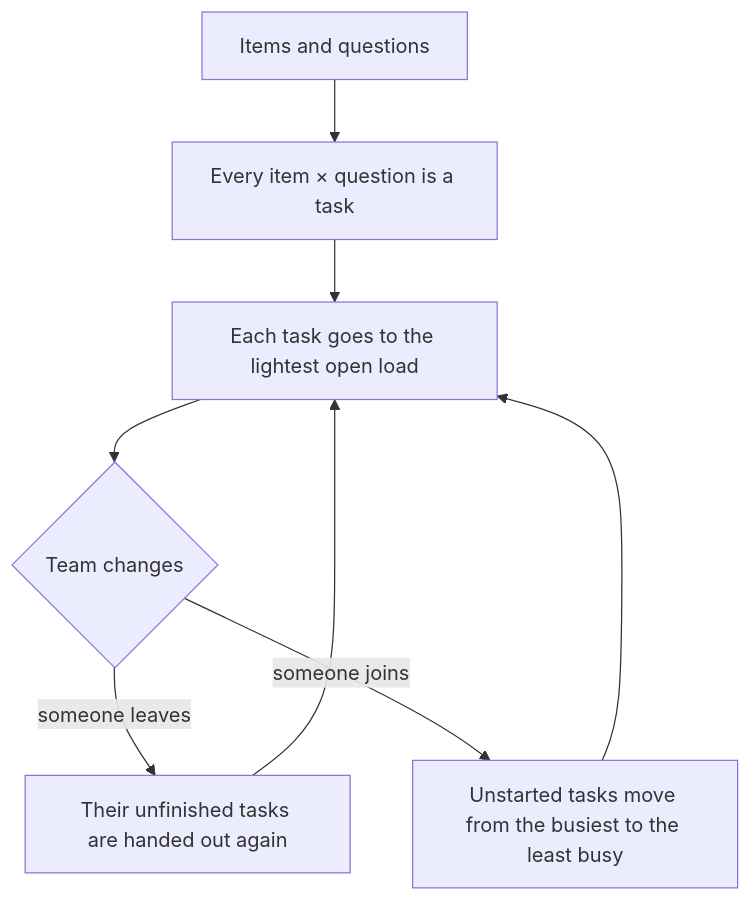
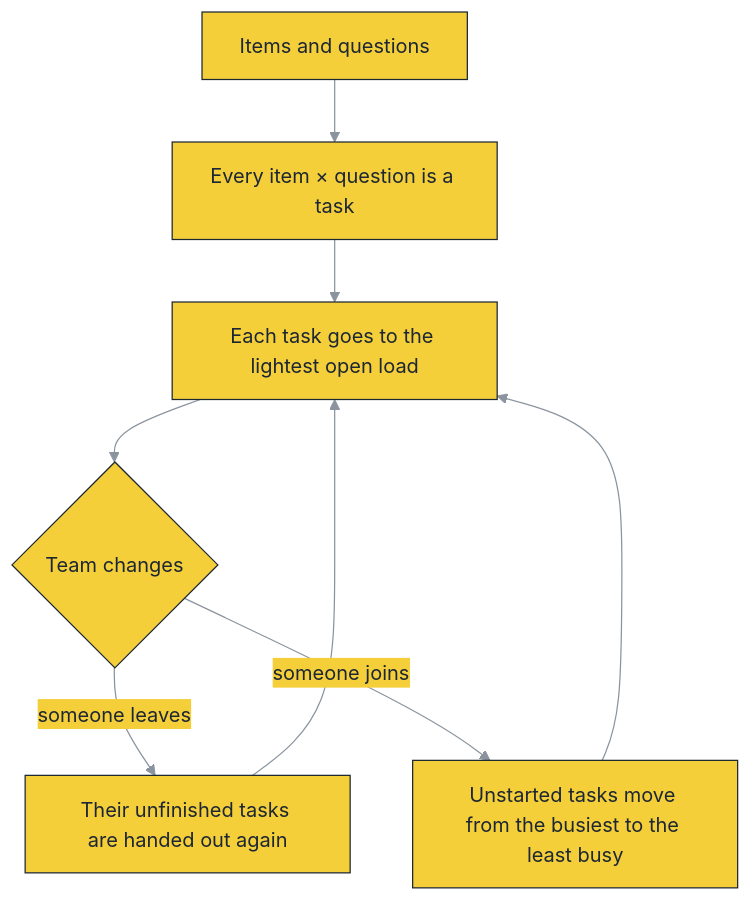
One commit to baselnasser99/Data-Tagging-Application changed the diagram in README.md. Above: the diagram before and after it, drawn with Mermaid. The commit also changed other lines of this file, not shown here.

````diff
--- a/README.md
+++ b/README.md
@@ -70,10 +74,11 @@
 ```mermaid
+%%{init: {"theme": "base", "themeVariables": {"primaryColor": "#F5CF3A", "primaryTextColor": "#1C2733", "primaryBorderColor": "#1C2733", "lineColor": "#8B949E", "edgeLabelBackground": "#F5CF3A", "fontFamily": "-apple-system, Segoe UI, sans-serif"}}}%%
 flowchart TB
     U["Items and questions"] --> T["Every item × question is a task"]
     T --> H["Each task goes to the lightest open load"]
     H --> L{"Team changes"}
     L -- "someone leaves" --> R["Their unfinished tasks are handed out again"]
     L -- "someone joins" --> B["Unstarted tasks move from the busiest to the least busy"]
     R --> H
     B --> H
 ```
````
